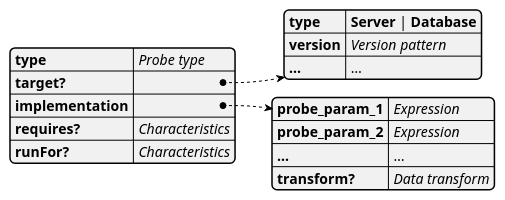
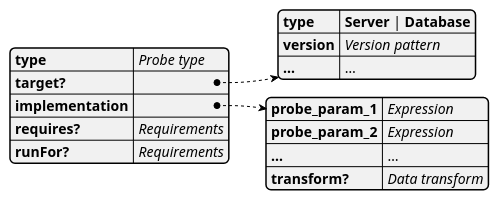
Before and after one commit to wagnerhsu/project-sql-server-samples: the diagram in samples/manage/sql-assessment-api/docs/Customization/img/src/ProbeStructure.plantuml, drawn with PlantUML. The commit also changed 21 other files, not shown here.

```diff
--- a/samples/manage/sql-assessment-api/docs/Customization/img/src/ProbeStructure.plantuml
+++ b/samples/manage/sql-assessment-api/docs/Customization/img/src/ProbeStructure.plantuml
@@ -1,18 +1,18 @@
 @startjson
 {
     "type": "<i>Probe type</i>",
     "target?": {
         "type": "<b>Server</b> | <b>Database</b>",
         "version": "<i>Version pattern</i>",
         "…": "…"
     },
     "implementation": {
         "probe_param_1": "<i>Expression</i>",
         "probe_param_2": "<i>Expression</i>",
         "…": "…",
         "transform?": "<i>Data transform</i>"
     },
-    "requires?": "<i>Characteristics</i>",
-    "runFor?": "<i>Characteristics</i>"
+    "requires?": "<i>Requirements</i>",
+    "runFor?": "<i>Requirements</i>"
 }
 @endjson
```
